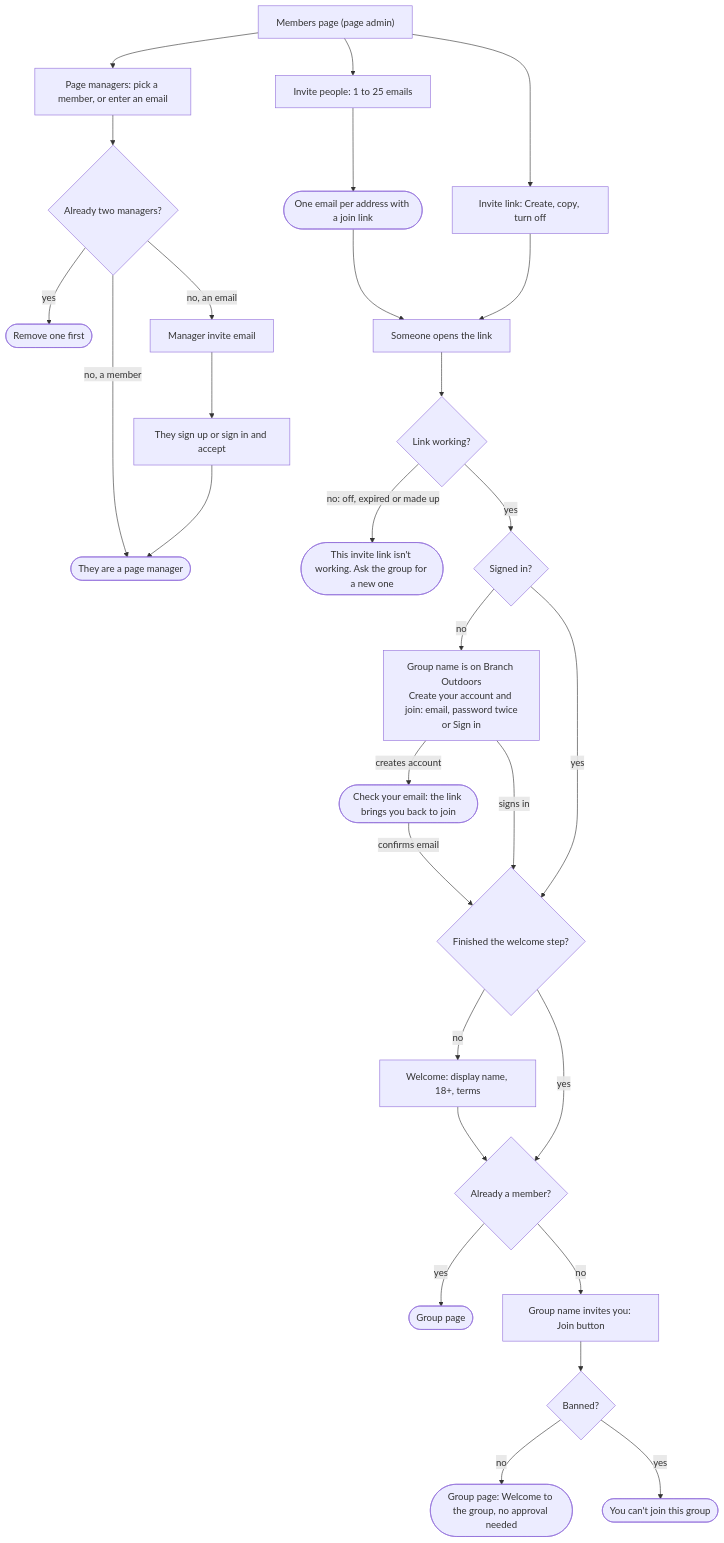
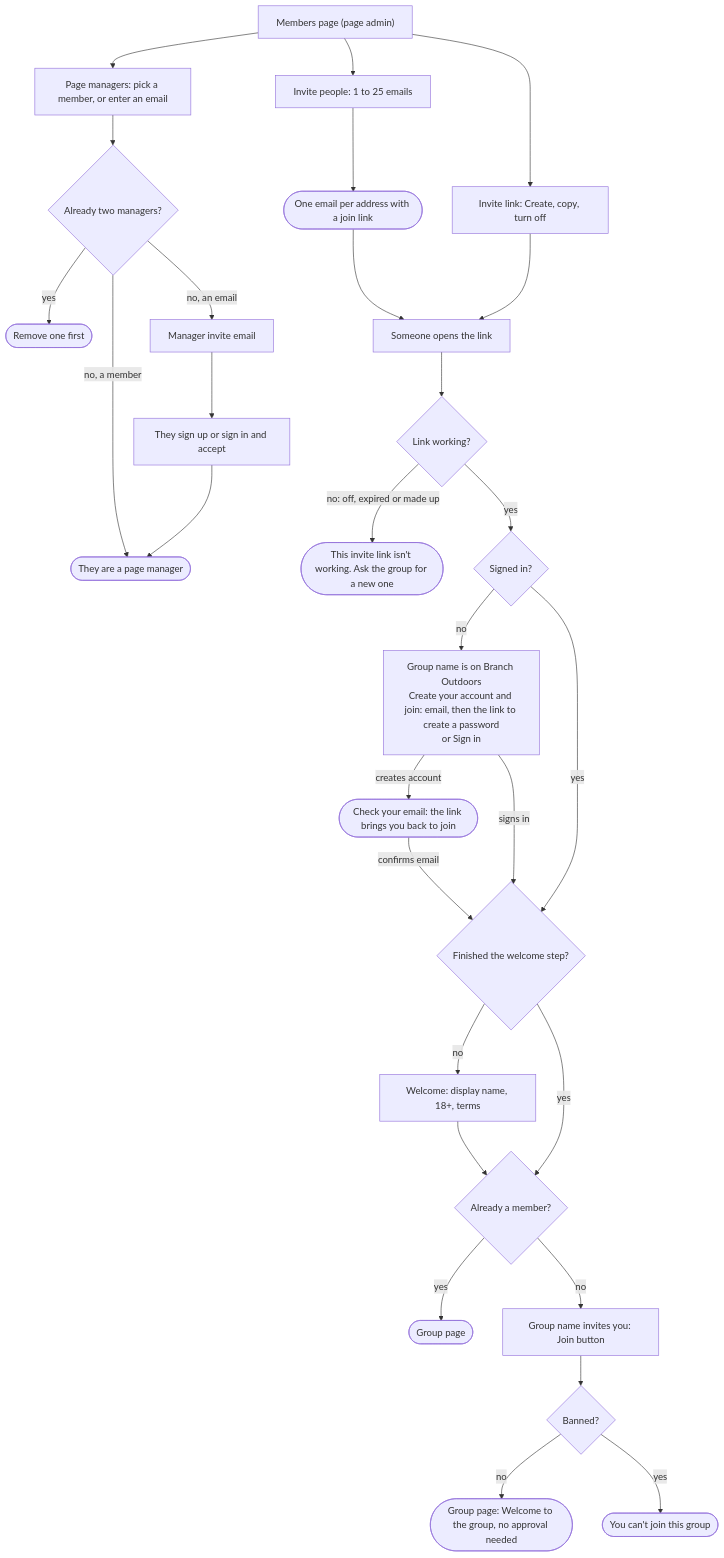
One commit to sarahrittertech-commits/outdoorscommunityapp changed diagram 31 of 32 in docs/user-flows.md. Above: the diagram before and after it, drawn with Mermaid. The commit also changed other lines of this file and 13 other files, not shown here.

First line of the commit message:
Sign up with just an email; create the password from the link

````diff
--- a/docs/user-flows.md
+++ b/docs/user-flows.md
@@ -449,26 +450,26 @@
 ```mermaid
 flowchart TD
   members["Members page (page admin)"] --> mgr["Page managers: pick a member, or enter an email"]
   mgr --> cap{Already two managers?}
   cap -->|yes| full(["Remove one first"])
   cap -->|no, a member| made(["They are a page manager"])
   cap -->|no, an email| mgrmail["Manager invite email"] --> accept["They sign up or sign in and accept"] --> made
   members --> invite["Invite people: 1 to 25 emails"] --> sent(["One email per address with a join link"])
   members --> link["Invite link: Create, copy, turn off"]
   sent --> open
   link --> open["Someone opens the link"]
   open --> valid{Link working?}
   valid -->|no: off, expired or made up| refuse(["This invite link isn't working. Ask the group for a new one"])
   valid -->|yes| signed{Signed in?}
-  signed -->|no| landing["Group name is on Branch Outdoors<br/>Create your account and join: email, password twice<br/>or Sign in"]
+  signed -->|no| landing["Group name is on Branch Outdoors<br/>Create your account and join: email, then the link to create a password<br/>or Sign in"]
   landing -->|creates account| check(["Check your email: the link brings you back to join"])
   check -->|confirms email| onboard
   landing -->|signs in| onboard{Finished the welcome step?}
   signed -->|yes| onboard
   onboard -->|no| welcome["Welcome: display name, 18+, terms"] --> invites
   onboard -->|yes| invites{Already a member?}
   invites -->|yes| grouppage(["Group page"])
   invites -->|no| joinbtn["Group name invites you: Join button"] --> join{Banned?}
   join -->|no| member(["Group page: Welcome to the group, no approval needed"])
   join -->|yes| refuse2(["You can't join this group"])
 ```
````
